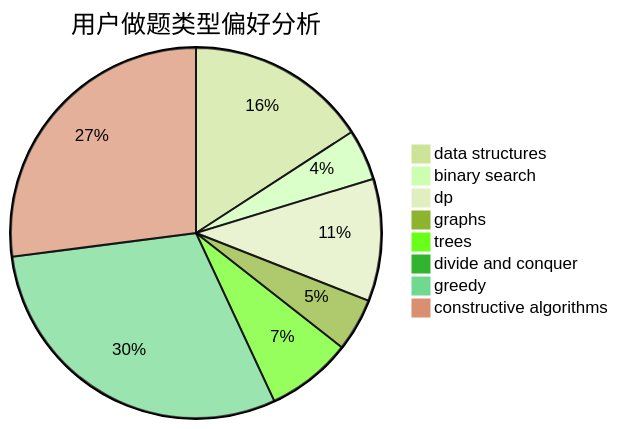
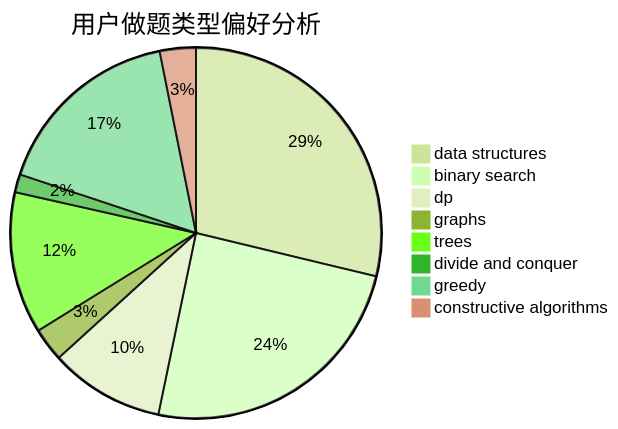
Before and after one commit to sherpahu/cfrs.github.io: the second of 3 diagrams in docs/user/u749.md, drawn with Mermaid (forest theme). The commit also changed other lines of this file and 2770 other files, not shown here.

````diff
--- a/docs/user/u749.md
+++ b/docs/user/u749.md
@@ -23,11 +23,11 @@
 ```mermaid
 pie title 用户做题类型偏好分析
-    "data structures" :  89
-    "binary search" :  25
-    "dp" :  60
+    "data structures" :  256
+    "binary search" :  218
+    "dp" :  89
     "graphs" :  26
-    "trees" :  42
-    "divide and conquer" :  0
-    "greedy" :  168
-    "constructive algorithms" :  152
+    "trees" :  110
+    "divide and conquer" :  14
+    "greedy" :  149
+    "constructive algorithms" :  28
 ```
````
